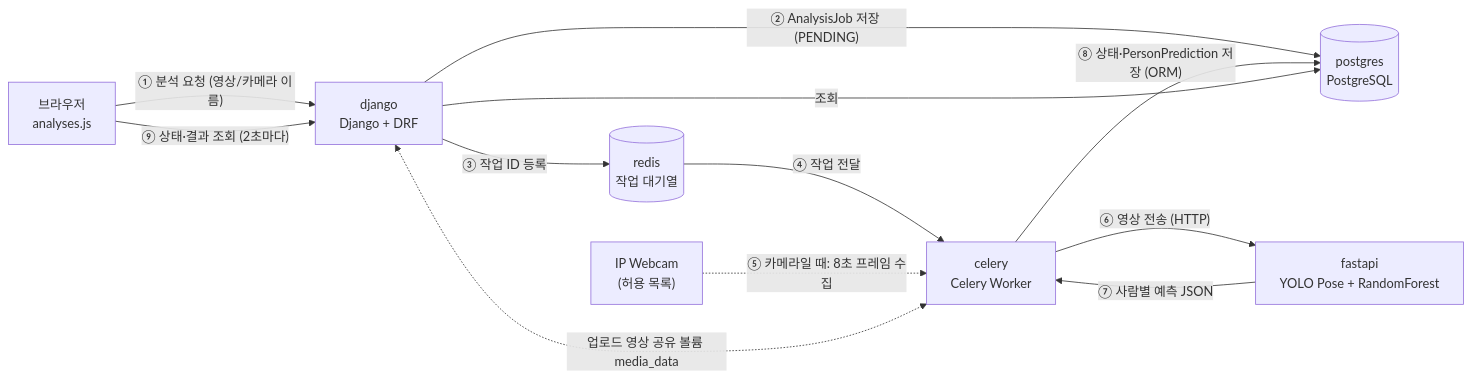
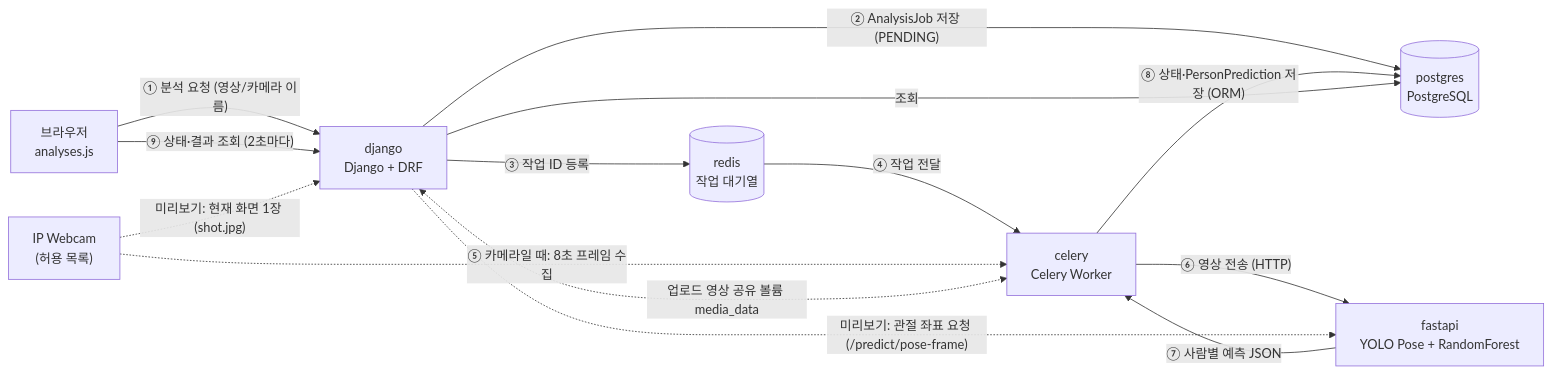
One commit to Hu250506/test20261124-motion_capture changed the first of 3 diagrams in README.md. Above: the diagram before and after it, drawn with Mermaid. The commit also changed other lines of this file and 1 other file, not shown here.

Commit message:
Update README results, architecture and remaining tasks

````diff
--- a/README.md
+++ b/README.md
@@ -42,14 +42,16 @@
 ```mermaid
 flowchart LR
     U["브라우저<br/>analyses.js"] -- "① 분석 요청 (영상/카메라 이름)" --> D["django<br/>Django + DRF"]
     D -- "② AnalysisJob 저장 (PENDING)" --> P[("postgres<br/>PostgreSQL")]
     D -- "③ 작업 ID 등록" --> R[("redis<br/>작업 대기열")]
     R -- "④ 작업 전달" --> C["celery<br/>Celery Worker"]
     CAM["IP Webcam<br/>(허용 목록)"] -. "⑤ 카메라일 때: 8초 프레임 수집" .-> C
     C -- "⑥ 영상 전송 (HTTP)" --> F["fastapi<br/>YOLO Pose + RandomForest"]
     F -- "⑦ 사람별 예측 JSON" --> C
     C -- "⑧ 상태·PersonPrediction 저장 (ORM)" --> P
     U -- "⑨ 상태·결과 조회 (2초마다)" --> D
     D -- "조회" --> P
     D <-. "업로드 영상 공유 볼륨 media_data" .-> C
+    CAM -. "미리보기: 현재 화면 1장 (shot.jpg)" .-> D
+    D -. "미리보기: 관절 좌표 요청 (/predict/pose-frame)" .-> F
 ```
````
